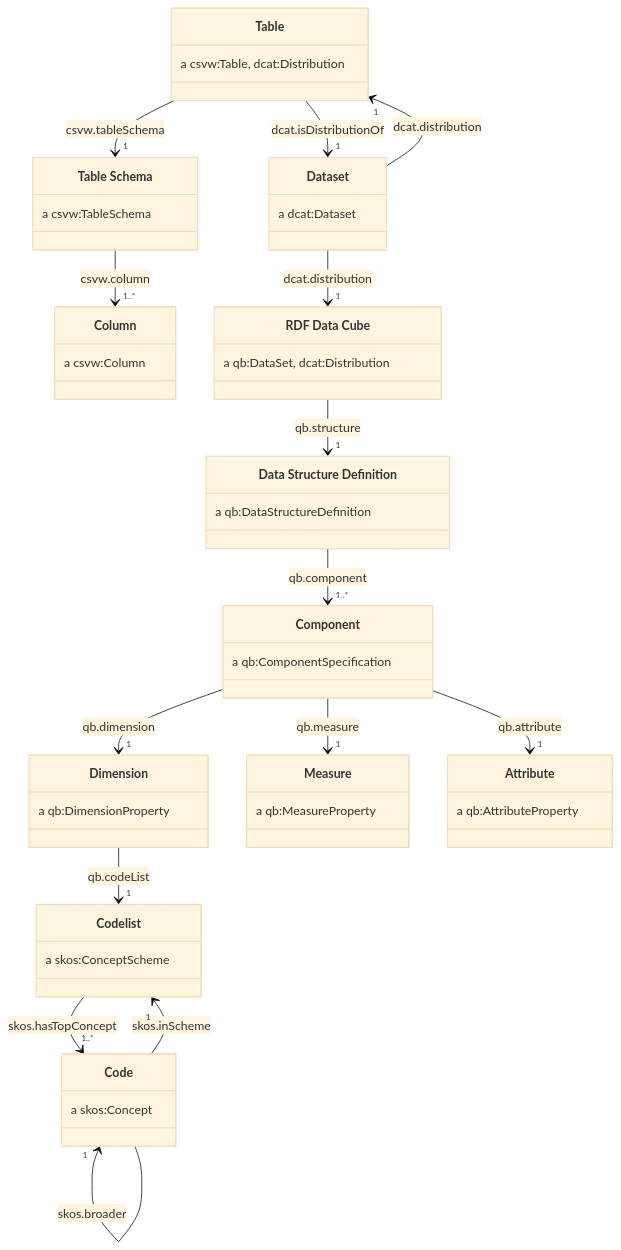
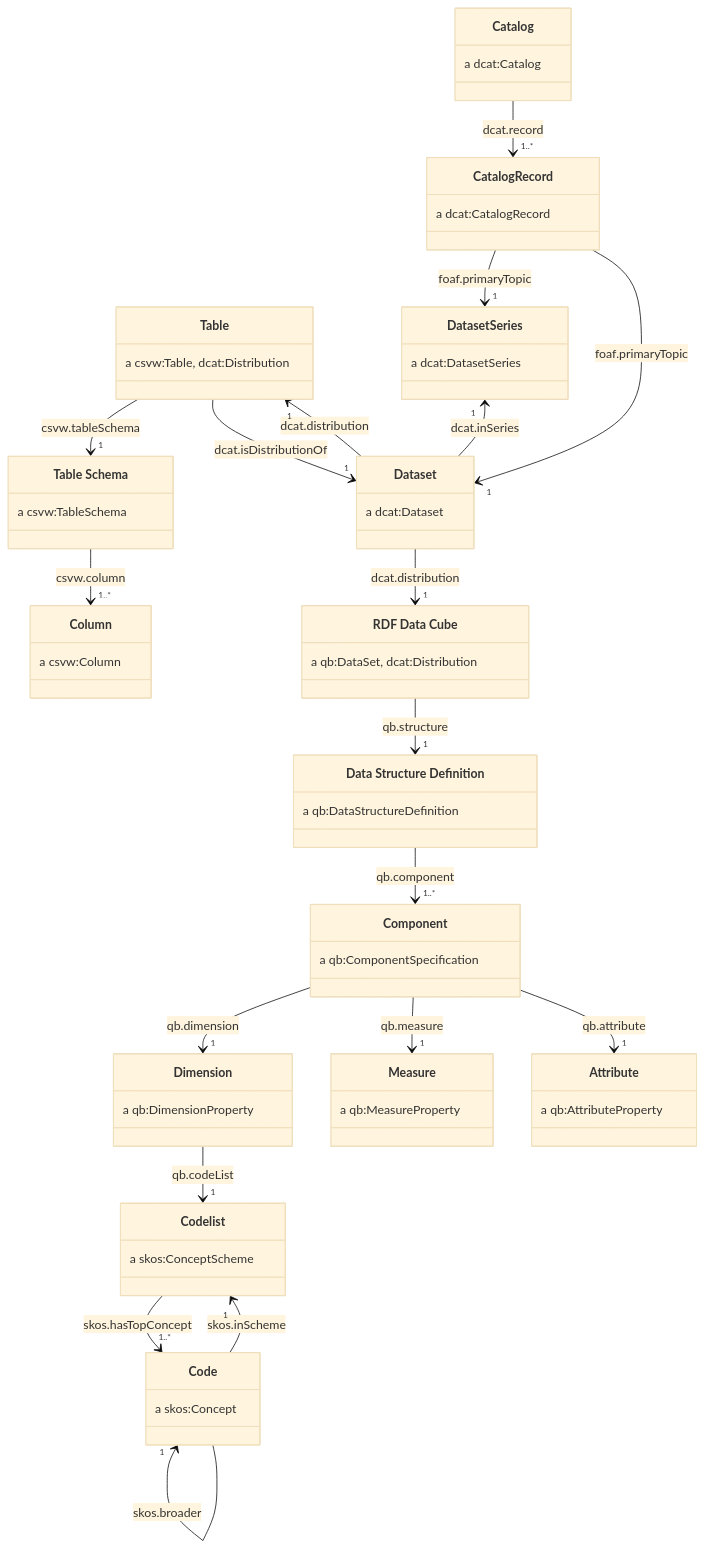
One commit to ONSdigital/application-profile changed the tenth of 10 diagrams in README.md. Above: the diagram before and after it, drawn with Mermaid (base theme). The commit also changed other lines of this file, not shown here.

````diff
--- a/README.md
+++ b/README.md
@@ -2018,55 +1935,70 @@
 ```mermaid
 classDiagram
     class `Table` {
         a csvw:Table, dcat:Distribution
     }
     class `Table Schema` {
         a csvw:TableSchema
     }
     class `Column` {
         a csvw:Column
     }
     class `Dataset` {
         a dcat:Dataset
     }
     class `RDF Data Cube` {
         a qb:DataSet, dcat:Distribution
     }
     class `Data Structure Definition` {
         a qb:DataStructureDefinition
     }
     class Component {
         a qb:ComponentSpecification
     }
     class Dimension {
         a qb:DimensionProperty
     }
     class Measure {
         a qb:MeasureProperty
     }
     class Attribute {
         a qb:AttributeProperty
     }
     class Codelist {
         a skos:ConceptScheme
     }
     class Code {
         a skos:Concept
     }
+    class Catalog {
+        a dcat:Catalog
+    }
+    class CatalogRecord {
+        a dcat:CatalogRecord
+    }
+    class DatasetSeries{
+        a dcat:DatasetSeries
+    }
+
+    Catalog --> "1..*" CatalogRecord : dcat.record
+    CatalogRecord --> "1" DatasetSeries : foaf.primaryTopic
+    CatalogRecord --> "1" Dataset : foaf.primaryTopic
+
+    DatasetSeries "1" <-- Dataset : dcat.inSeries
 
     Table --> "1" `Table Schema`: csvw.tableSchema
     `Table Schema` --> "1..*" Column: csvw.column
     Table --> "1" Dataset: dcat.isDistributionOf
     Table "1" <-- Dataset: dcat.distribution
     Dataset --> "1" `RDF Data Cube` : dcat.distribution
     `RDF Data Cube` --> "1" `Data Structure Definition` : qb.structure
     `Data Structure Definition` --> "1..*" Component: qb.component
     Component --> "1" Dimension: qb.dimension
     Component --> "1" Measure: qb.measure
     Component --> "1" Attribute: qb.attribute
     Dimension --> "1" Codelist : qb.codeList
     Codelist --> "1..*" Code : skos.hasTopConcept
     Code --> "1" Codelist : skos.inScheme
     Code --> "1..*" Code : skos.narrower
     Code "1" <--  Code : skos.broader
 ```
````
